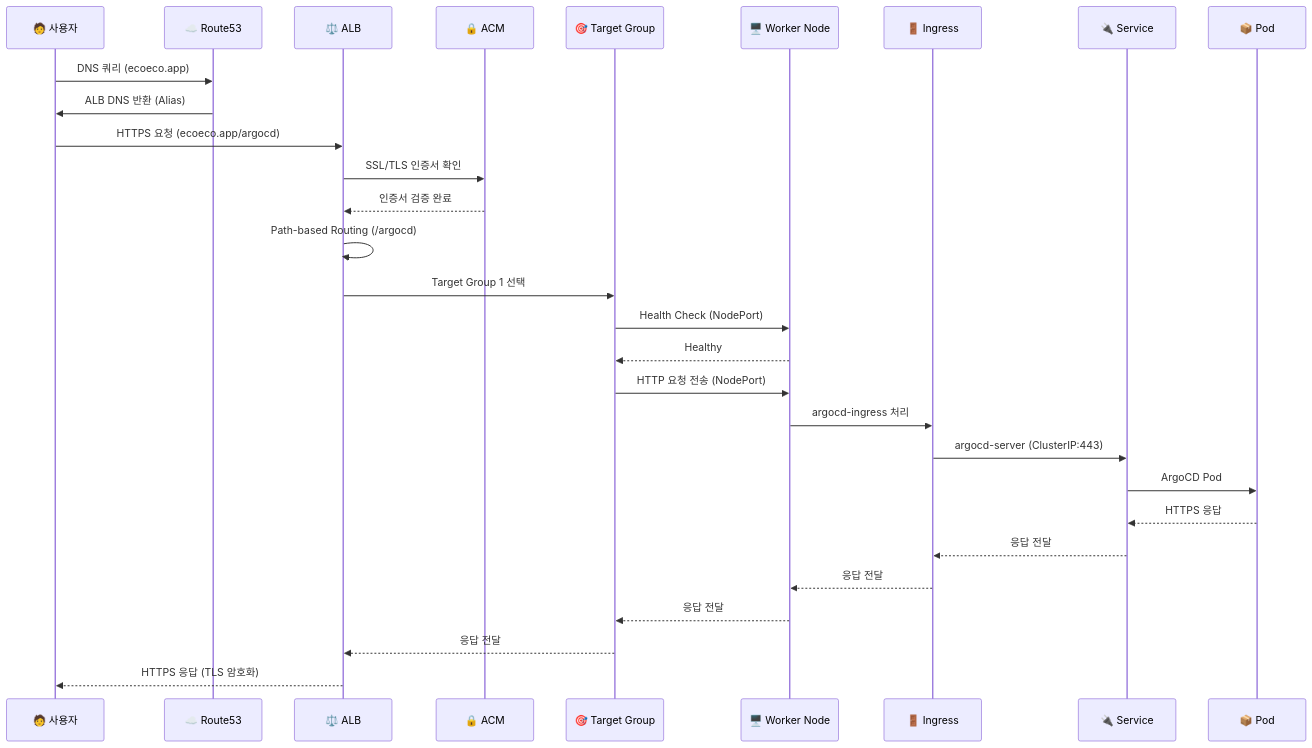
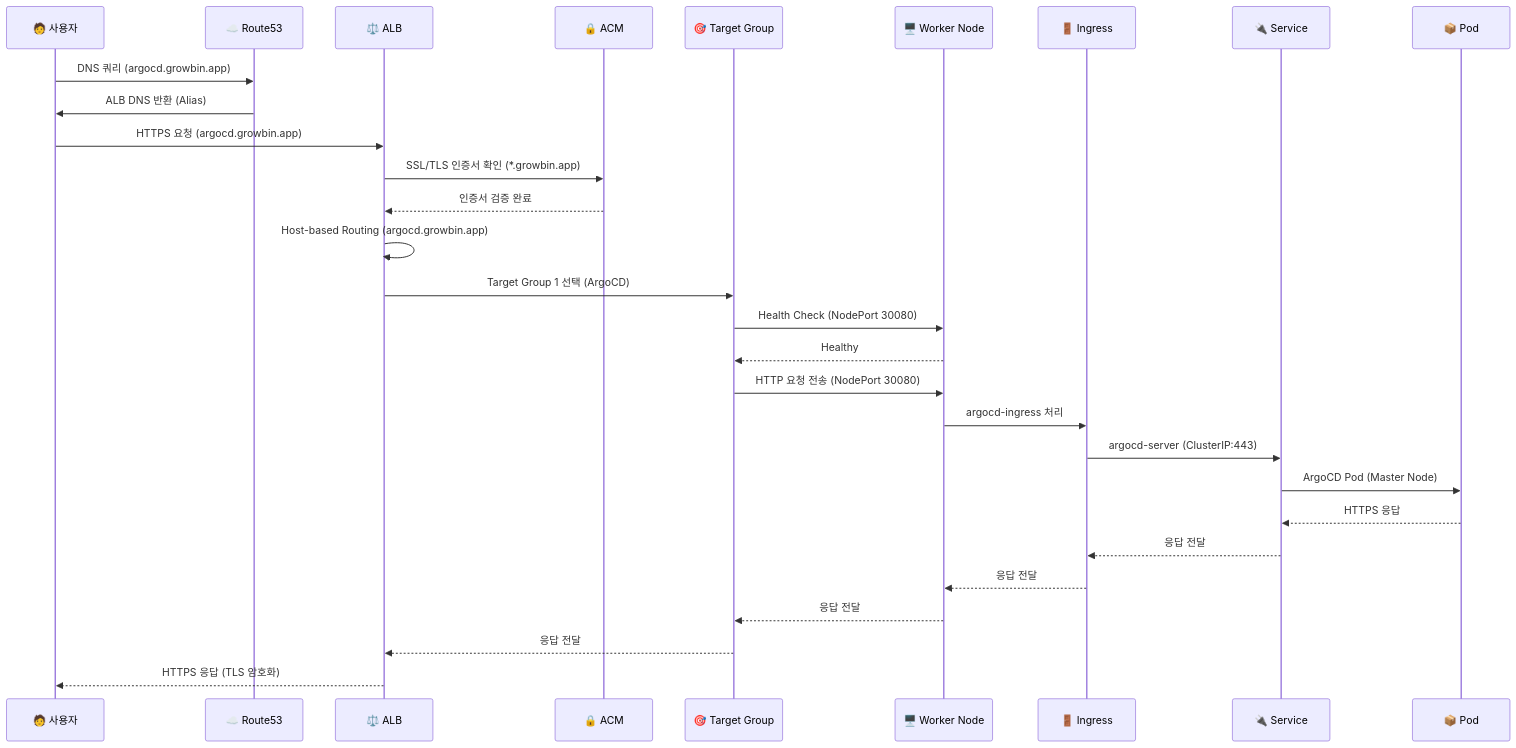
The second of 2 diagrams in docs/architecture/06-NETWORK_ROUTING_STRUCTURE.md (eco2-team/backend), drawn with Mermaid before and after one commit. The commit also changed other lines of this file, not shown here.

````diff
--- a/docs/architecture/06-NETWORK_ROUTING_STRUCTURE.md
+++ b/docs/architecture/06-NETWORK_ROUTING_STRUCTURE.md
@@ -127,36 +142,36 @@
 ```mermaid
 sequenceDiagram
     participant User as 🧑 사용자
     participant Route53 as ☁️ Route53
     participant ALB as ⚖️ ALB
     participant ACM as 🔒 ACM
     participant TG as 🎯 Target Group
     participant Worker as 🖥️ Worker Node
     participant Ingress as 🚪 Ingress
     participant Service as 🔌 Service
     participant Pod as 📦 Pod
 
-    User->>Route53: DNS 쿼리 (ecoeco.app)
+    User->>Route53: DNS 쿼리 (argocd.growbin.app)
     Route53->>User: ALB DNS 반환 (Alias)
     
-    User->>ALB: HTTPS 요청 (ecoeco.app/argocd)
-    ALB->>ACM: SSL/TLS 인증서 확인
+    User->>ALB: HTTPS 요청 (argocd.growbin.app)
+    ALB->>ACM: SSL/TLS 인증서 확인 (*.growbin.app)
     ACM-->>ALB: 인증서 검증 완료
     
-    ALB->>ALB: Path-based Routing (/argocd)
-    ALB->>TG: Target Group 1 선택
-    TG->>Worker: Health Check (NodePort)
+    ALB->>ALB: Host-based Routing (argocd.growbin.app)
+    ALB->>TG: Target Group 1 선택 (ArgoCD)
+    TG->>Worker: Health Check (NodePort 30080)
     Worker-->>TG: Healthy
     
-    TG->>Worker: HTTP 요청 전송 (NodePort)
+    TG->>Worker: HTTP 요청 전송 (NodePort 30080)
     Worker->>Ingress: argocd-ingress 처리
     Ingress->>Service: argocd-server (ClusterIP:443)
-    Service->>Pod: ArgoCD Pod
+    Service->>Pod: ArgoCD Pod (Master Node)
     
     Pod-->>Service: HTTPS 응답
     Service-->>Ingress: 응답 전달
     Ingress-->>Worker: 응답 전달
     Worker-->>TG: 응답 전달
     TG-->>ALB: 응답 전달
     ALB-->>User: HTTPS 응답 (TLS 암호화)
 ```
````
